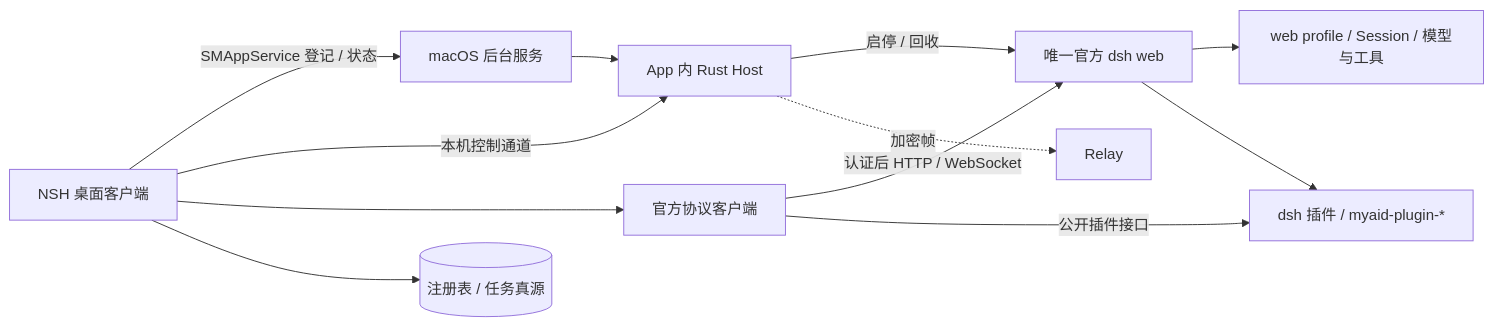
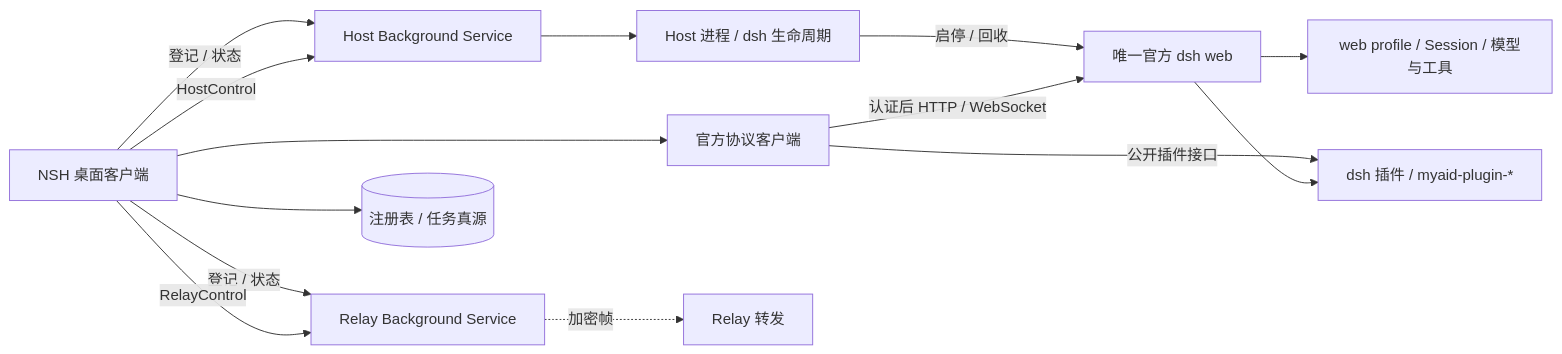
The diagram in docs/ARCHITECTURE.md (aningdev/MyAid), drawn with Mermaid before and after one commit. The commit also changed other lines of this file and 56 other files, not shown here.

First line of the commit message:
feat: dual Background Service (Host + Relay) #11–#16 (#18)

````diff
--- a/docs/ARCHITECTURE.md
+++ b/docs/ARCHITECTURE.md
@@ -7,14 +7,16 @@
 ```mermaid
 flowchart LR
-    D[NSH 桌面客户端] -->|SMAppService 登记 / 状态| L[macOS 后台服务]
-    L --> H[App 内 Rust Host]
+    D[NSH 桌面客户端] -->|登记 / 状态| BH[Host Background Service]
+    D -->|登记 / 状态| BR[Relay Background Service]
+    BH --> H[Host 进程 / dsh 生命周期]
     H -->|启停 / 回收| W[唯一官方 dsh web]
     W --> P[web profile / Session / 模型与工具]
-    D -->|本机控制通道| H
+    D -->|HostControl| BH
+    D -->|RelayControl| BR
     D --> C[官方协议客户端]
     C -->|认证后 HTTP / WebSocket| W
     D --> B[(注册表 / 任务真源)]
     C -->|公开插件接口| E[dsh 插件 / myaid-plugin-*]
     W --> E
-    H -.->|加密帧| R[Relay]
+    BR -.->|加密帧| R[Relay 转发]
 ```
````
